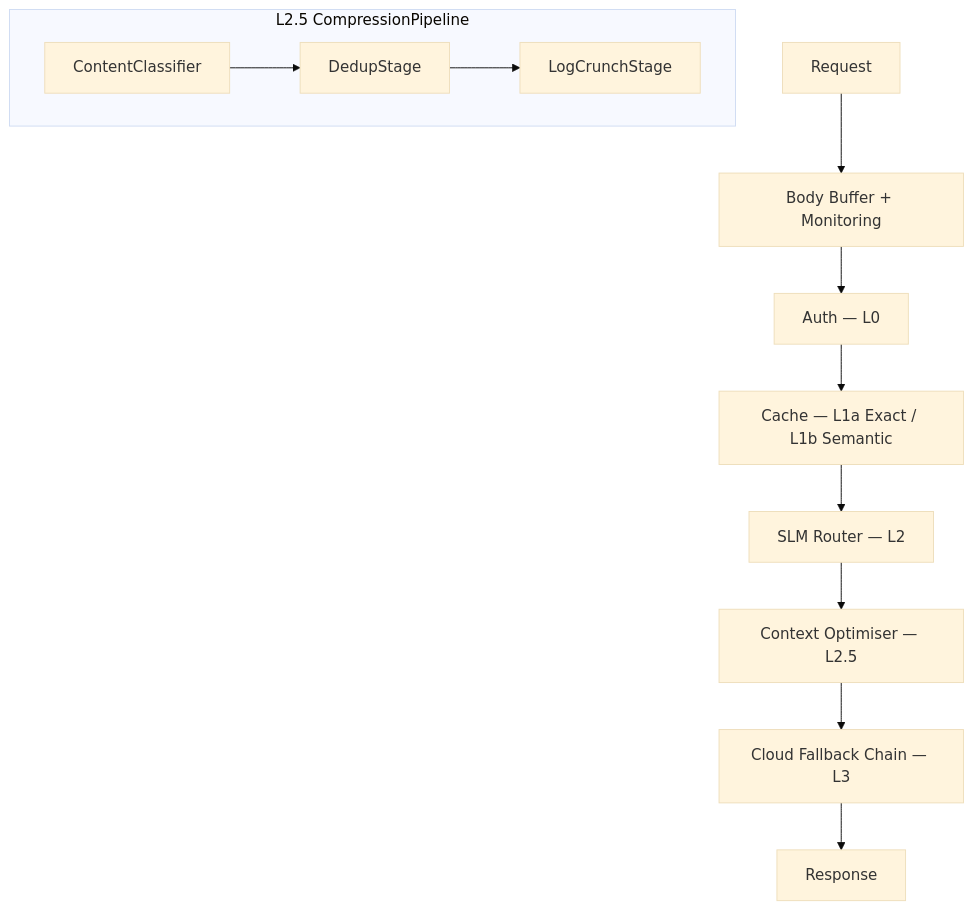
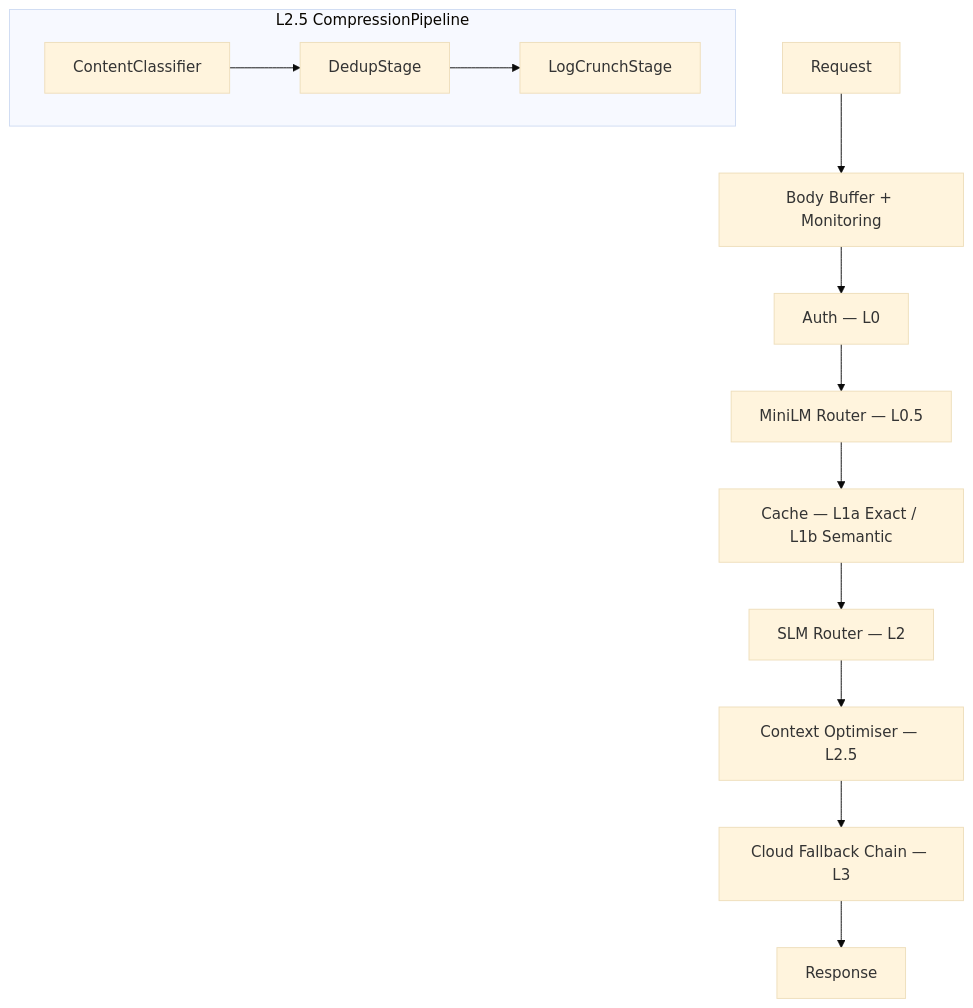
Before and after one commit to isartor-ai/Isartor: the diagram in docs-site/src/concepts/architecture.md, drawn with Mermaid (base theme). The commit also changed other lines of this file and 26 other files, not shown here.

````diff
--- a/docs-site/src/concepts/architecture.md
+++ b/docs-site/src/concepts/architecture.md
@@ -49,16 +49,17 @@
 ```mermaid
 flowchart TD
     A[Request] --> B[Body Buffer + Monitoring]
     B --> C[Auth — L0]
-    C --> D[Cache — L1a Exact / L1b Semantic]
-    D --> E[SLM Router — L2]
-    E --> F[Context Optimiser — L2.5]
-    F --> G[Cloud Fallback Chain — L3]
-    G --> H[Response]
+    C --> D[MiniLM Router — L0.5]
+    D --> E[Cache — L1a Exact / L1b Semantic]
+    E --> F[SLM Router — L2]
+    F --> G[Context Optimiser — L2.5]
+    G --> H[Cloud Fallback Chain — L3]
+    H --> I[Response]
 
     subgraph F_detail [L2.5 CompressionPipeline]
         direction LR
         F1[ContentClassifier] --> F2[DedupStage]
         F2 --> F3[LogCrunchStage]
     end
 ```
````
